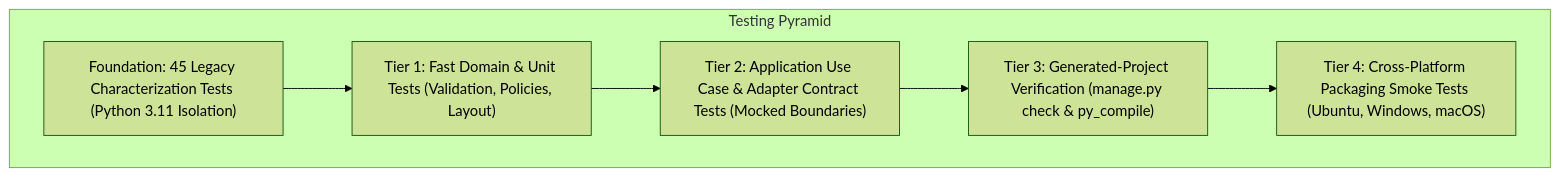
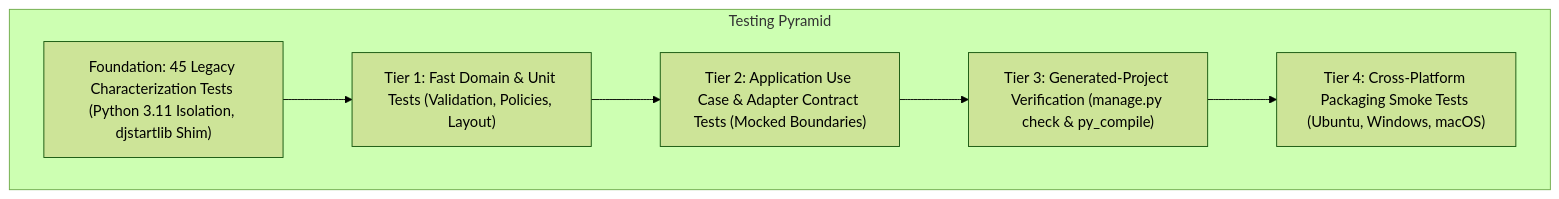
Before and after one commit to islam-kamel/django-start: the first of 3 diagrams in docs/modernization/migration-roadmap.md, drawn with Mermaid (forest theme). The commit also changed other lines of this file and 17 other files, not shown here.

````diff
--- a/docs/modernization/migration-roadmap.md
+++ b/docs/modernization/migration-roadmap.md
@@ -15,15 +15,15 @@
 ```mermaid
 flowchart TD
     subgraph Pyramid ["Testing Pyramid"]
         E2E["Tier 4: Cross-Platform Packaging Smoke Tests (Ubuntu, Windows, macOS)"]
         GEN_TEST["Tier 3: Generated-Project Verification (manage.py check & py_compile)"]
         INT_TEST["Tier 2: Application Use Case & Adapter Contract Tests (Mocked Boundaries)"]
         UNIT_TEST["Tier 1: Fast Domain & Unit Tests (Validation, Policies, Layout)"]
-        CHAR_TEST["Foundation: 45 Legacy Characterization Tests (Python 3.11 Isolation)"]
+        CHAR_TEST["Foundation: 45 Legacy Characterization Tests (Python 3.11 Isolation, djstartlib Shim)"]
     end
 
     CHAR_TEST --> UNIT_TEST
     UNIT_TEST --> INT_TEST
     INT_TEST --> GEN_TEST
     GEN_TEST --> E2E
 ```
````
